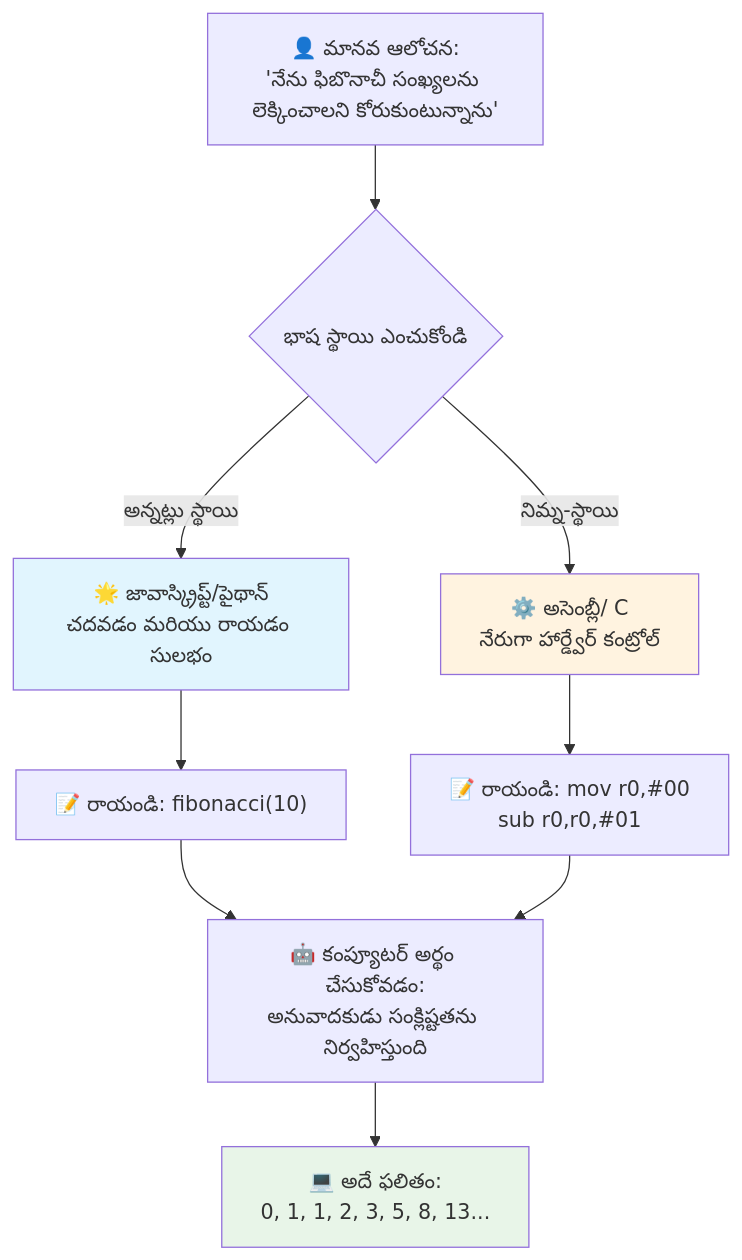
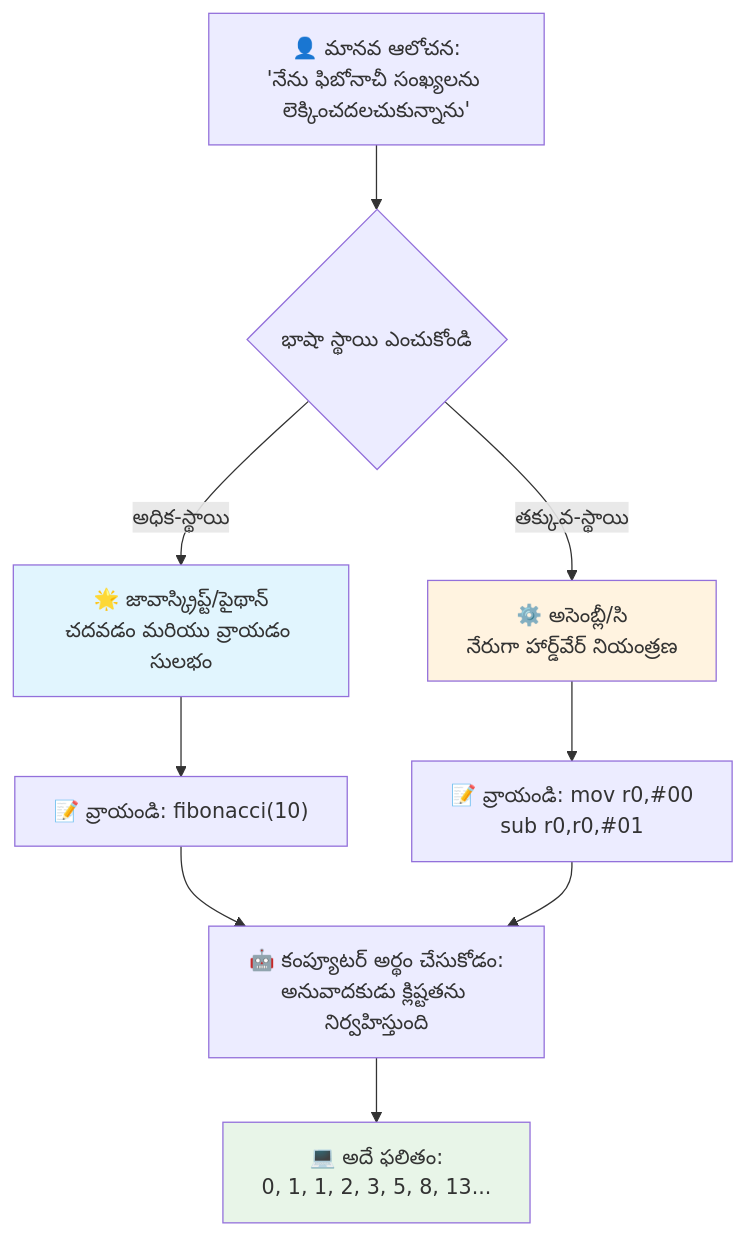
The third of 7 diagrams in translations/te/1-getting-started-lessons/1-intro-to-programming-languages/README.md (microsoft/Web-Dev-For-Beginners), drawn with Mermaid before and after one commit. The commit also changed other lines of this file and 8 other files, not shown here.

````diff
--- a/translations/te/1-getting-started-lessons/1-intro-to-programming-languages/README.md
+++ b/translations/te/1-getting-started-lessons/1-intro-to-programming-languages/README.md
@@ -147,19 +148,19 @@
 ```mermaid
 flowchart TB
-    A["👤 మానవ ఆలోచన:<br/>'నేను ఫిబొనాచీ సంఖ్యలను లెక్కించాలని కోరుకుంటున్నాను'"] --> B{భాష స్థాయి ఎంచుకోండి}
+    A["👤 మానవ ఆలోచన:<br/>'నేను ఫిబోనాచీ సంఖ్యలను లెక్కించదలచుకున్నాను'"] --> B{భాషా స్థాయి ఎంచుకోండి}
     
-    B -->|అన్నట్లు స్థాయి| C["🌟 జావాస్క్రిప్ట్/పైథాన్<br/>చదవడం మరియు రాయడం సులభం"]
-    B -->|నిమ్న-స్థాయి| D["⚙️ అసెంబ్లీ/ C<br/>నేరుగా హార్డ్వేర్ కంట్రోల్"]
+    B -->|అధిక-స్థాయి| C["🌟 జావాస్క్రిప్ట్/పైథాన్<br/>చదవడం మరియు వ్రాయడం సులభం"]
+    B -->|తక్కువ-స్థాయి| D["⚙️ అసెంబ్లీ/సి<br/>నేరుగా హార్డ్‌వేర్ నియంత్రణ"]
     
-    C --> E["📝 రాయండి: fibonacci(10)"]
-    D --> F["📝 రాయండి: mov r0,#00<br/>sub r0,r0,#01"]
+    C --> E["📝 వ్రాయండి: fibonacci(10)"]
+    D --> F["📝 వ్రాయండి: mov r0,#00<br/>sub r0,r0,#01"]
     
-    E --> G["🤖 కంప్యూటర్ అర్థం చేసుకోవడం:<br/>అనువాదకుడు సంక్లిష్టతను నిర్వహిస్తుంది"]
+    E --> G["🤖 కంప్యూటర్ అర్థం చేసుకోడం:<br/>అనువాదకుడు క్లిష్టతను నిర్వహిస్తుంది"]
     F --> G
     
     G --> H["💻 అదే ఫలితం:<br/>0, 1, 1, 2, 3, 5, 8, 13..."]
     
     style C fill:#e1f5fe
     style D fill:#fff3e0
     style H fill:#e8f5e8
 ```
````
